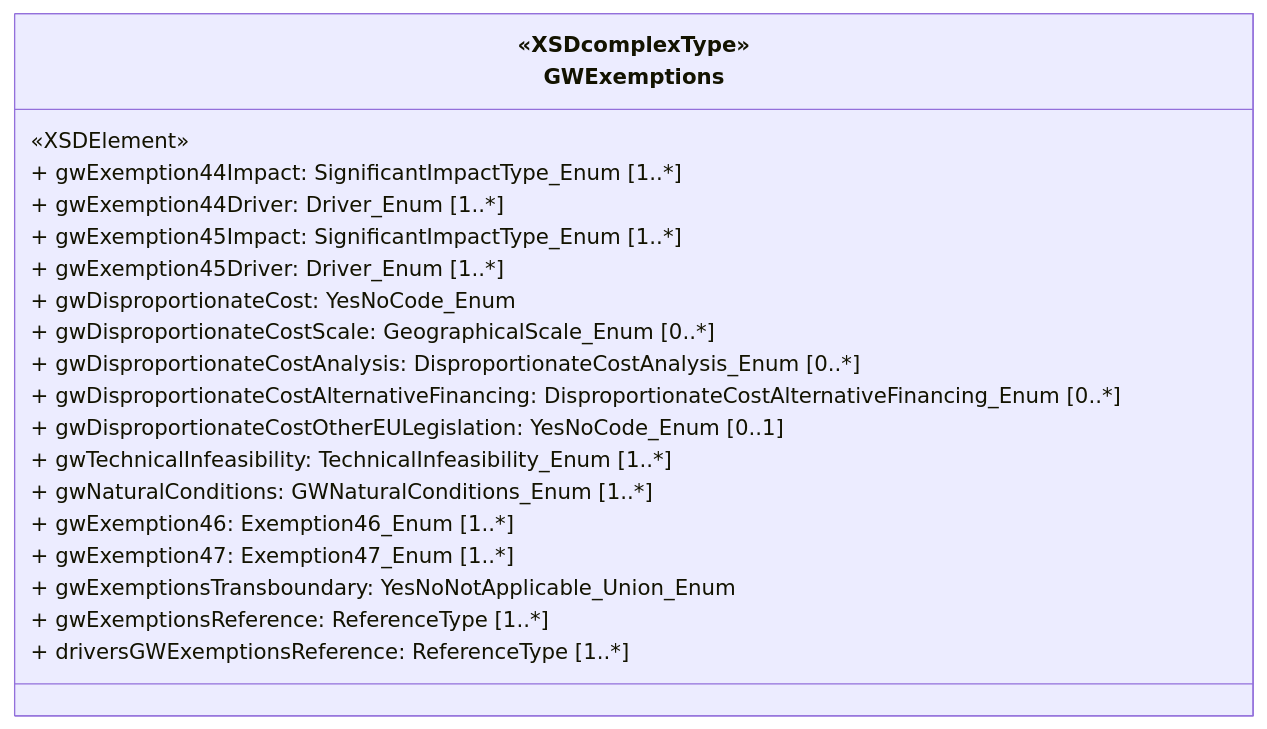
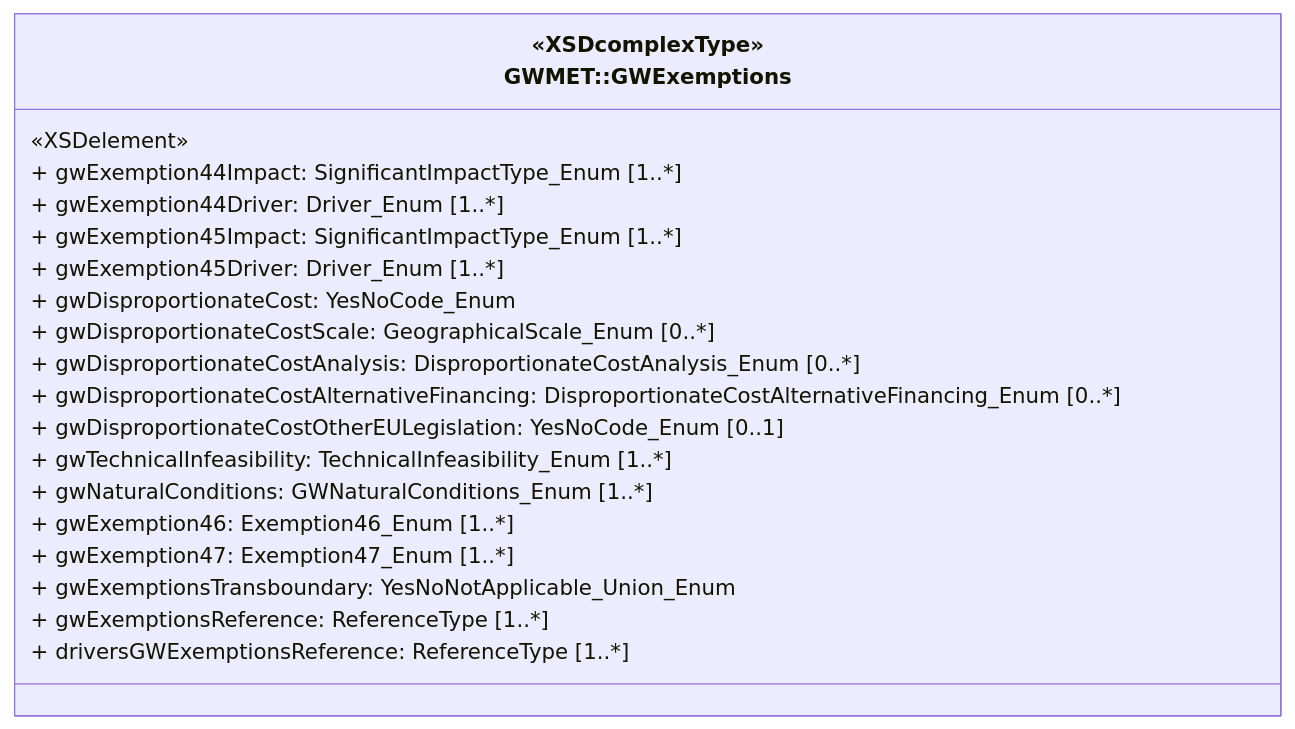
The diagram in docs/DataModelReview/mmd/Exemptions_3rdCycle_GWMET_ClassDiagram.mmd (eeadata/WISE.WFD.Documentation), drawn with Mermaid before and after one commit. The commit also changed 6 other files, not shown here.

```diff
--- a/docs/DataModelReview/mmd/Exemptions_3rdCycle_GWMET_ClassDiagram.mmd
+++ b/docs/DataModelReview/mmd/Exemptions_3rdCycle_GWMET_ClassDiagram.mmd
@@ -1,28 +1,28 @@
 ---
 config:
   class:
     hideEmptyMembersBox: true
   layout: dagre
   theme: default
 ---
 classDiagram 
 class GWExemptions["«XSDcomplexType» 
-GWExemptions"]{
-  «XSDElement»
+GWMET::GWExemptions"]{
+  «XSDelement»
   + gwExemption44Impact: SignificantImpactType_Enum [1..*]
   + gwExemption44Driver: Driver_Enum [1..*]
   + gwExemption45Impact: SignificantImpactType_Enum [1..*]
   + gwExemption45Driver: Driver_Enum [1..*]
   + gwDisproportionateCost: YesNoCode_Enum
   + gwDisproportionateCostScale: GeographicalScale_Enum [0..*]
   + gwDisproportionateCostAnalysis: DisproportionateCostAnalysis_Enum [0..*]
   + gwDisproportionateCostAlternativeFinancing: DisproportionateCostAlternativeFinancing_Enum [0..*]
   + gwDisproportionateCostOtherEULegislation: YesNoCode_Enum [0..1]
   + gwTechnicalInfeasibility: TechnicalInfeasibility_Enum [1..*]
   + gwNaturalConditions: GWNaturalConditions_Enum [1..*]
   + gwExemption46: Exemption46_Enum [1..*]
   + gwExemption47: Exemption47_Enum [1..*]
   + gwExemptionsTransboundary: YesNoNotApplicable_Union_Enum
   + gwExemptionsReference: ReferenceType [1..*]
   + driversGWExemptionsReference: ReferenceType [1..*]
 }
```
